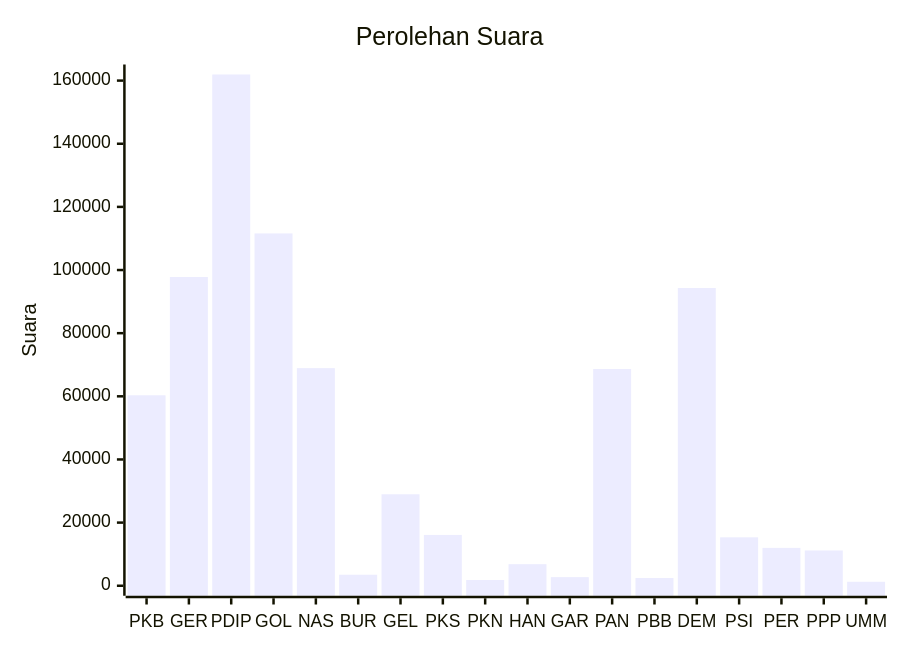
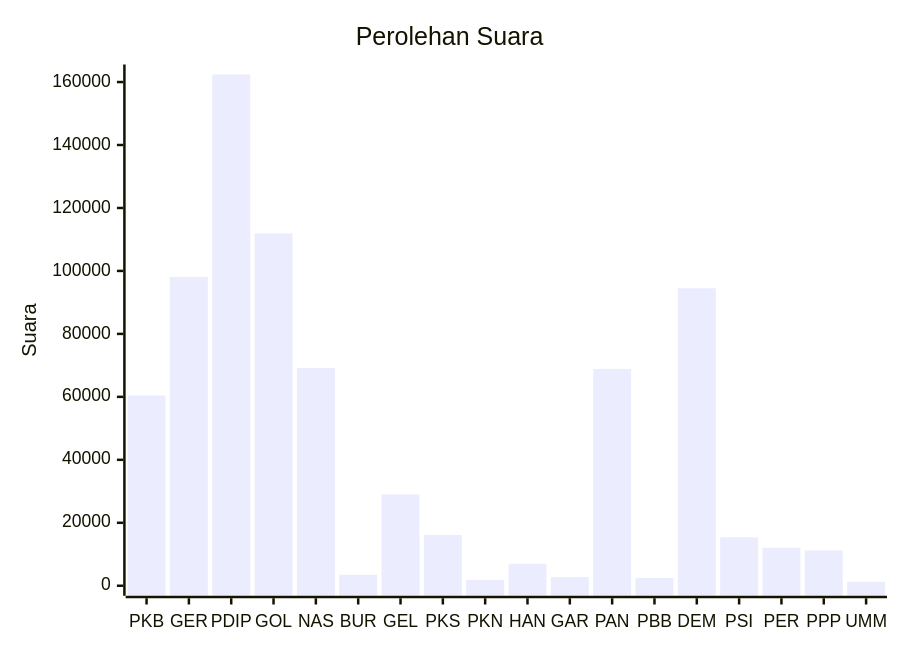
The diagram in pileg-dpr/hitung-suara/sub/table-wilayah-62.md (gigit-pemilu/pemilu-2024), drawn with Mermaid before and after one commit. The commit also changed other lines of this file and 22 other files, not shown here.

````diff
--- a/pileg-dpr/hitung-suara/sub/table-wilayah-62.md
+++ b/pileg-dpr/hitung-suara/sub/table-wilayah-62.md
@@ -7,7 +7,7 @@
 ```mermaid
 xychart-beta
     title "Perolehan Suara"
     x-axis [PKB, GER, PDIP, GOL, NAS, BUR, GEL, PKS, PKN, HAN, GAR, PAN, PBB, DEM, PSI, PER, PPP, UMM]
-    y-axis "Suara" 0 --> 161931
-    bar [60324, 97801, 161931, 111599, 68931, 3489, 28977, 16104, 1822, 6826, 2727, 68645, 2453, 94296, 15331, 12002, 11174, 1266]
+    y-axis "Suara" 0 --> 162394
+    bar [60415, 98100, 162394, 111931, 69160, 3502, 28988, 16123, 1829, 6974, 2744, 68864, 2482, 94499, 15403, 12057, 11198, 1270]
 ```
````
